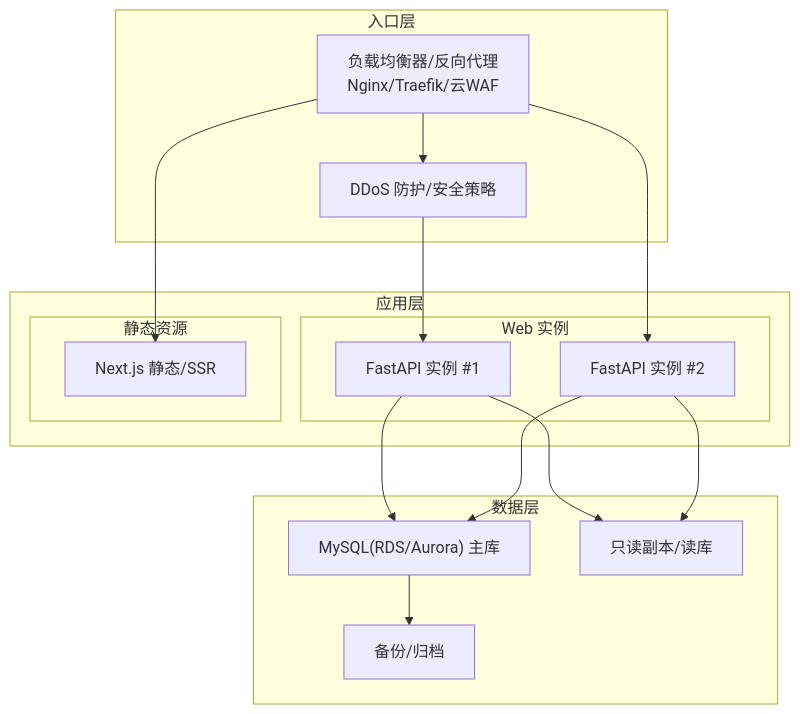
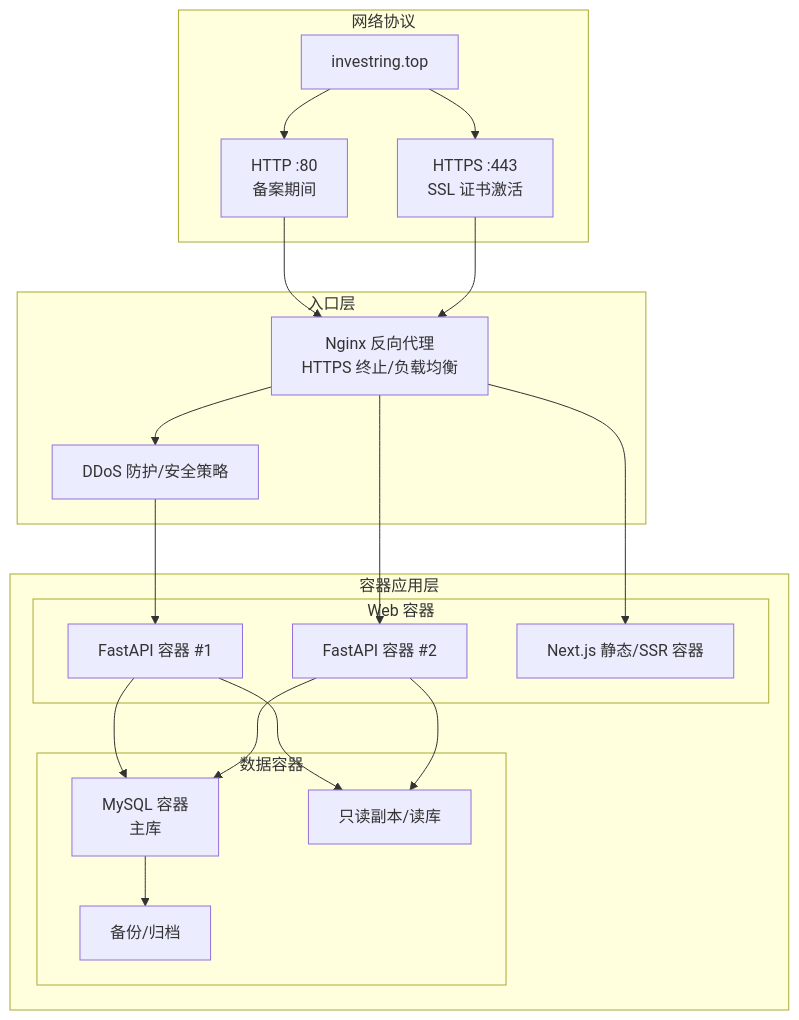
The second of 4 diagrams in .qoder/repowiki/zh/content/开发指南/部署指南/生产环境部署.md (gujialind/InvestRing), drawn with Mermaid before and after one commit. The commit also changed other lines of this file and 32 other files, not shown here.

````diff
--- a/.qoder/repowiki/zh/content/开发指南/部署指南/生产环境部署.md
+++ b/.qoder/repowiki/zh/content/开发指南/部署指南/生产环境部署.md
@@ -121,29 +115,36 @@
 ```mermaid
 graph TB
 subgraph "入口层"
-LB["负载均衡器/反向代理<br/>Nginx/Traefik/云WAF"]
+LB["Nginx 反向代理<br/>HTTPS 终止/负载均衡"]
 WAF["DDoS 防护/安全策略"]
 end
-subgraph "应用层"
-subgraph "Web 实例"
-APP1["FastAPI 实例 #1"]
-APP2["FastAPI 实例 #2"]
+subgraph "容器应用层"
+subgraph "Web 容器"
+APP1["FastAPI 容器 #1"]
+APP2["FastAPI 容器 #2"]
+FE1["Next.js 静态/SSR 容器"]
 end
-subgraph "静态资源"
-FE1["Next.js 静态/SSR"]
+subgraph "数据容器"
+DB["MySQL 容器<br/>主库"]
+DB_R["只读副本/读库"]
+BK["备份/归档"]
 end
 end
-subgraph "数据层"
-DB["MySQL(RDS/Aurora) 主库"]
-DB_R["只读副本/读库"]
-BK["备份/归档"]
+subgraph "网络协议"
+HTTP80["HTTP :80<br/>备案期间"]
+HTTPS443["HTTPS :443<br/>SSL 证书激活"]
+DOMAIN["investring.top"]
 end
 LB --> WAF --> APP1
 LB --> APP2
 LB --> FE1
 APP1 --> DB
 APP2 --> DB
 APP1 --> DB_R
 APP2 --> DB_R
 DB --> BK
+HTTP80 --> LB
+HTTPS443 --> LB
+DOMAIN --> HTTP80
+DOMAIN --> HTTPS443
 ```
````
